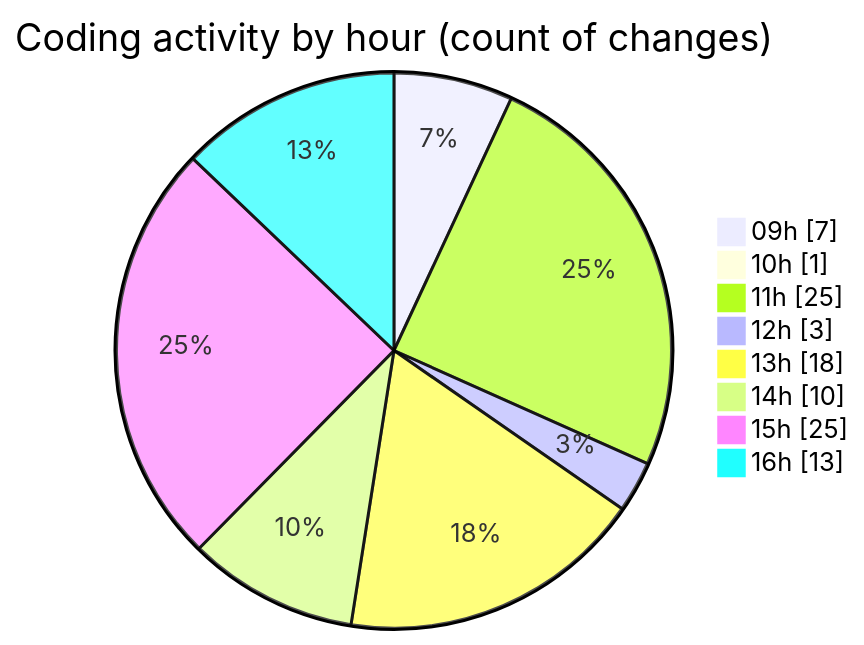
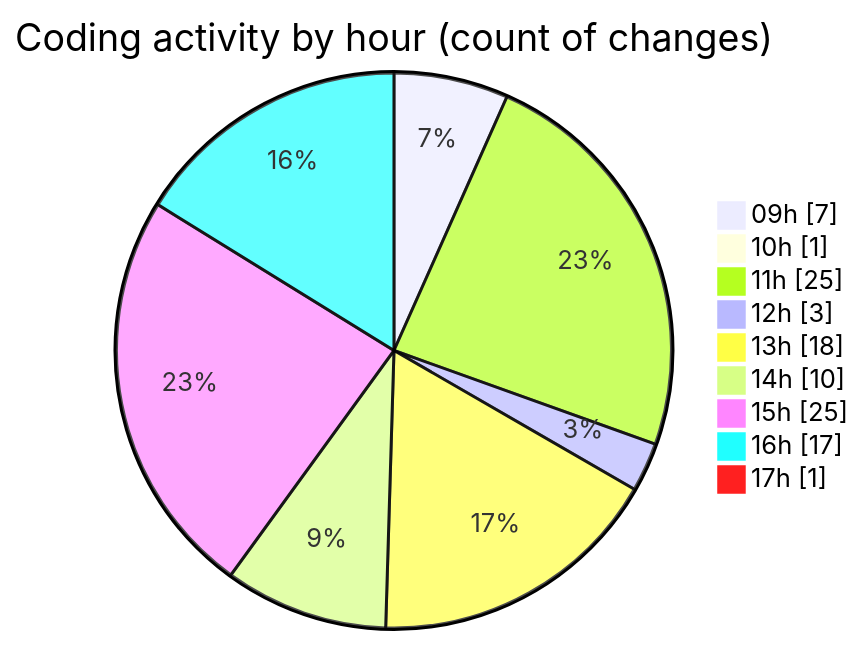
The second of 2 diagrams in 2025-07-30/cda/README.md (momahboobian/code-tracking), drawn with Mermaid before and after one commit. The commit also changed other lines of this file and 1 other file, not shown here.

````diff
--- a/2025-07-30/cda/README.md
+++ b/2025-07-30/cda/README.md
@@ -42,12 +42,13 @@
 ```mermaid
 pie showData
 title Coding activity by hour (count of changes)
 "09h" : 7
 "10h" : 1
 "11h" : 25
 "12h" : 3
 "13h" : 18
 "14h" : 10
 "15h" : 25
-"16h" : 13
+"16h" : 17
+"17h" : 1
 ```
````
